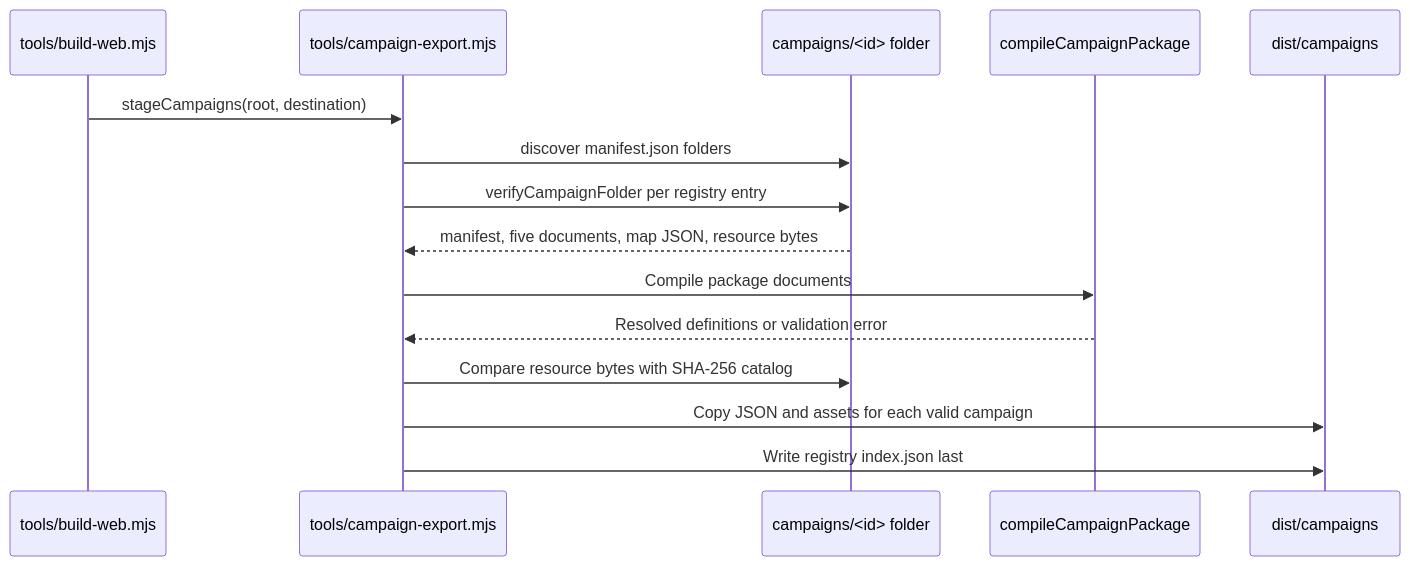
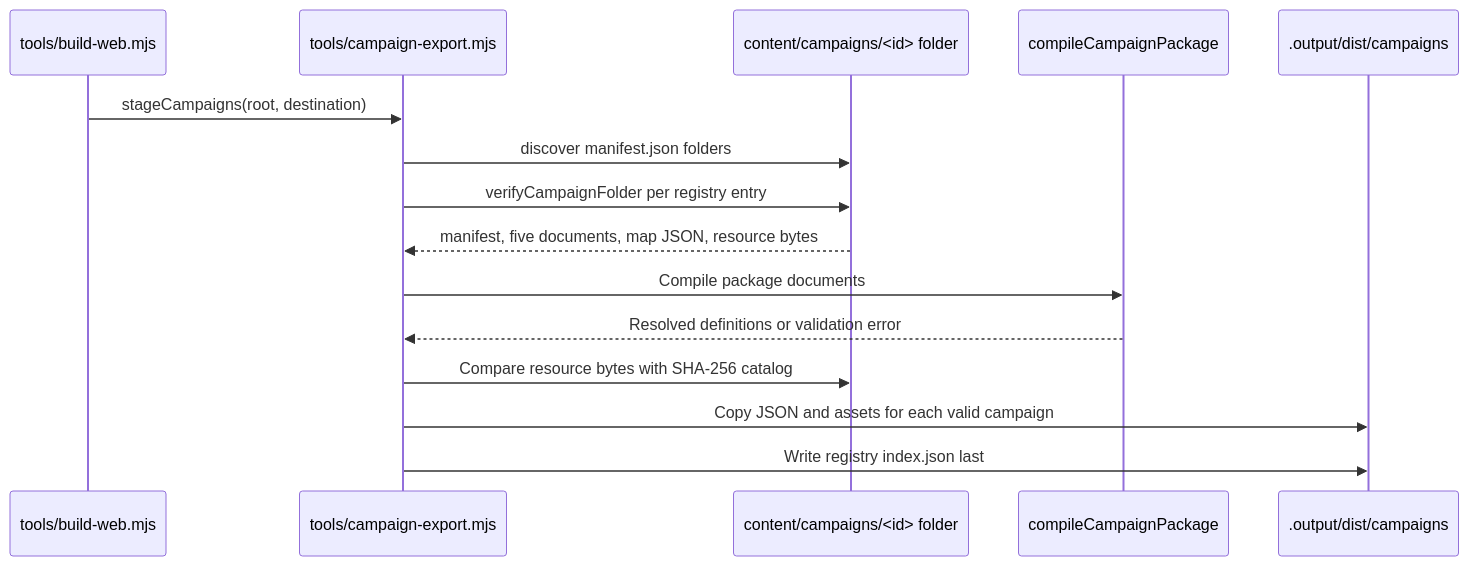
One commit to fsodano/granaderos changed the fourth of 4 diagrams in docs/architecture/content-and-campaigns.md. Above: the diagram before and after it, drawn with Mermaid. The commit also changed other lines of this file and 12605 other files, not shown here.

````diff
--- a/docs/architecture/content-and-campaigns.md
+++ b/docs/architecture/content-and-campaigns.md
@@ -135,17 +135,17 @@
 ```mermaid
 sequenceDiagram
   participant Build as tools/build-web.mjs
   participant Export as tools/campaign-export.mjs
-  participant Source as campaigns/<id> folder
+  participant Source as content/campaigns/<id> folder
   participant Compiler as compileCampaignPackage
-  participant Dist as dist/campaigns
+  participant Dist as .output/dist/campaigns
   Build->>Export: stageCampaigns(root, destination)
   Export->>Source: discover manifest.json folders
   Export->>Source: verifyCampaignFolder per registry entry
   Source-->>Export: manifest, five documents, map JSON, resource bytes
   Export->>Compiler: Compile package documents
   Compiler-->>Export: Resolved definitions or validation error
   Export->>Source: Compare resource bytes with SHA-256 catalog
   Export->>Dist: Copy JSON and assets for each valid campaign
   Export->>Dist: Write registry index.json last
 ```
````
